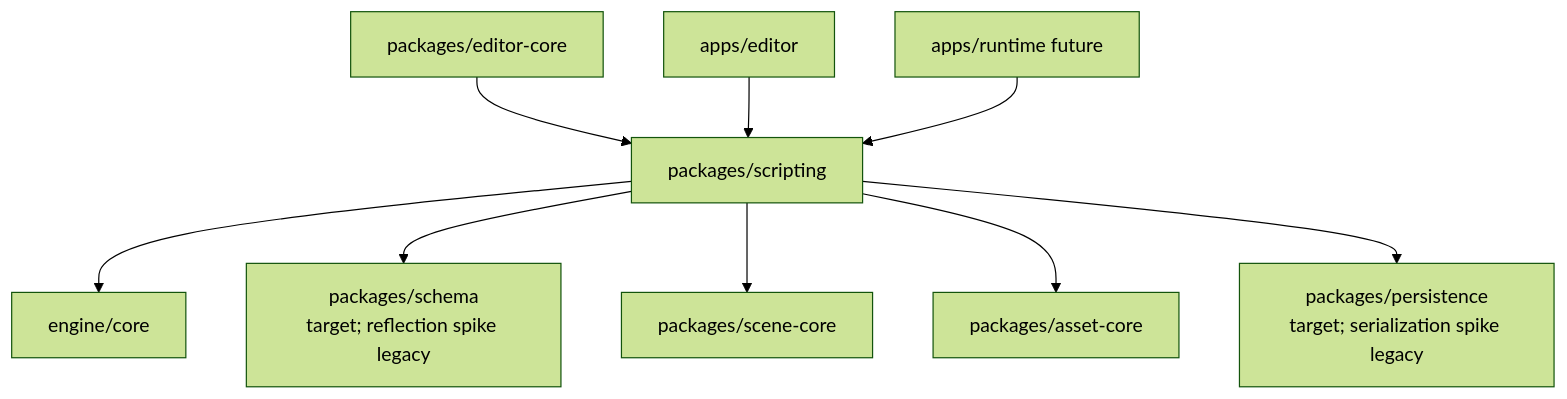
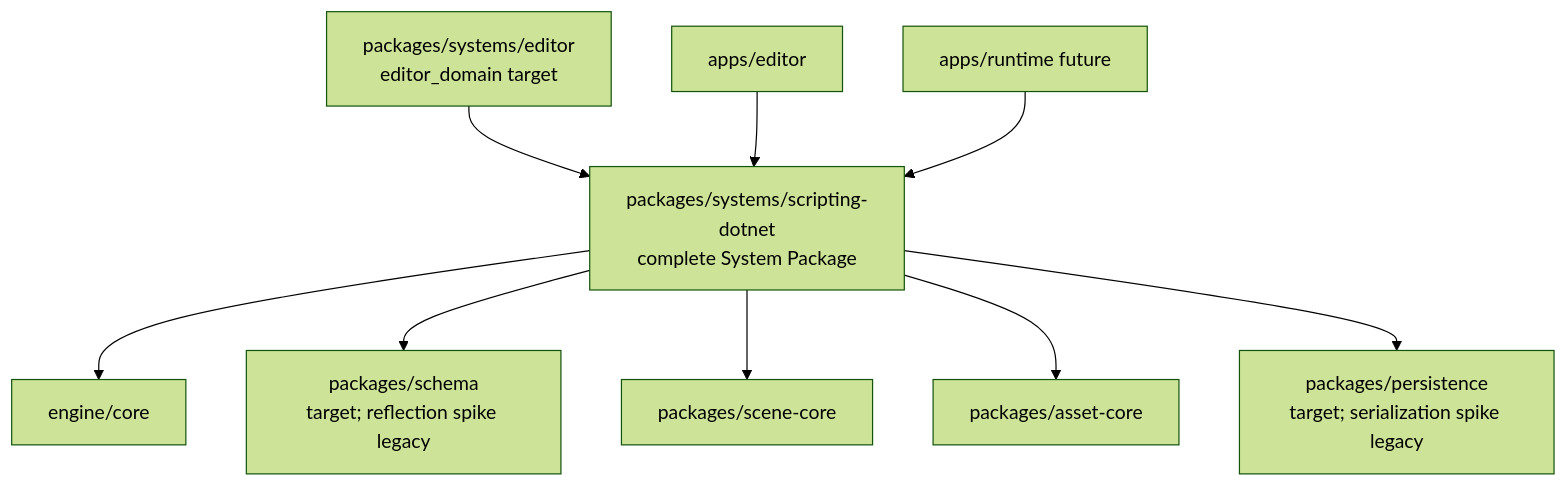
One commit to 66six11/Engine changed the first of 9 diagrams in docs/systems/scripting.md. Above: the diagram before and after it, drawn with Mermaid (forest theme). The commit also changed other lines of this file and 24 other files, not shown here.

Commit message:
docs: define package-first system architecture

````diff
--- a/docs/systems/scripting.md
+++ b/docs/systems/scripting.md
@@ -65,21 +75,21 @@
 ```mermaid
 flowchart TD
     Core["engine/core"]
     Reflection["packages/schema<br/>target; reflection spike legacy"]
     Serialization["packages/persistence<br/>target; serialization spike legacy"]
     Scene["packages/scene-core"]
     Asset["packages/asset-core"]
-    Editor["packages/editor-core"]
-    Scripting["packages/scripting"]
+    Editor["packages/systems/editor<br/>editor_domain target"]
+    Scripting["packages/systems/scripting-dotnet<br/>complete System Package"]
     RuntimeApp["apps/runtime future"]
     EditorApp["apps/editor"]
 
     Scripting --> Core
     Scripting --> Reflection
     Scripting --> Scene
     Scripting --> Asset
     Scripting --> Serialization
     Editor --> Scripting
     EditorApp --> Scripting
     RuntimeApp --> Scripting
 ```
````
